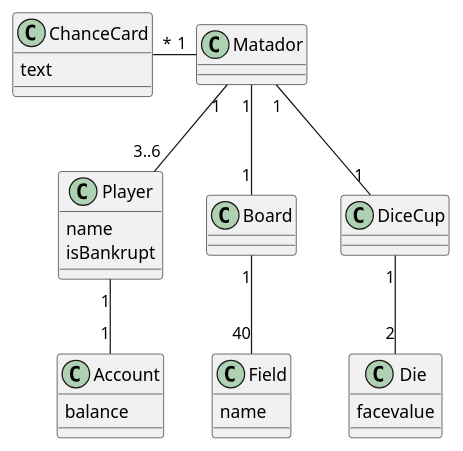
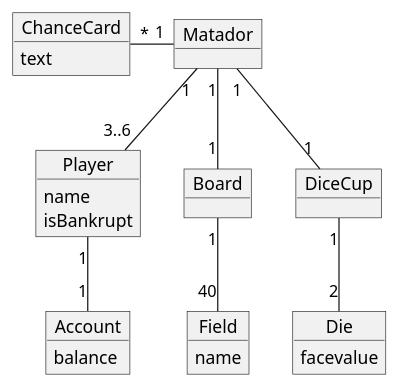
The diagram in 18_final/UML/DomainModel.puml (GabeKierk889/gruppe-18), drawn with PlantUML before and after one commit.

Commit message:
Updated DM - from classes to objects

```diff
--- a/18_final/UML/DomainModel.puml
+++ b/18_final/UML/DomainModel.puml
@@ -1,49 +1,49 @@
 @startuml
 'https://plantuml.com/class-diagram
 skinparam classAttributeIconSize 0
 
-class Matador {
+object Matador {
 
 }
 
-class Player {
+object Player {
     name
     isBankrupt
 }
 
-class Board {
+object Board {
 
 }
 
-class Field {
+object Field {
     name
 }
 
-class Account {
+object Account {
     balance
 }
 
-class DiceCup {
+object DiceCup {
 
 }
 
-class Die {
+object Die {
     facevalue
 
 }
 
-class ChanceCard {
+object ChanceCard {
     text
 }
 
 Matador "1" -- "1" Board
 Matador "1" -- "1" DiceCup
 Matador "1" -- "3..6" Player
 Player "1" -- "1" Account
 Board "1" -- "40" Field
 ChanceCard "*" - "1" Matador
 DiceCup "1" -- "2" Die
 
 
 
 @enduml
```
